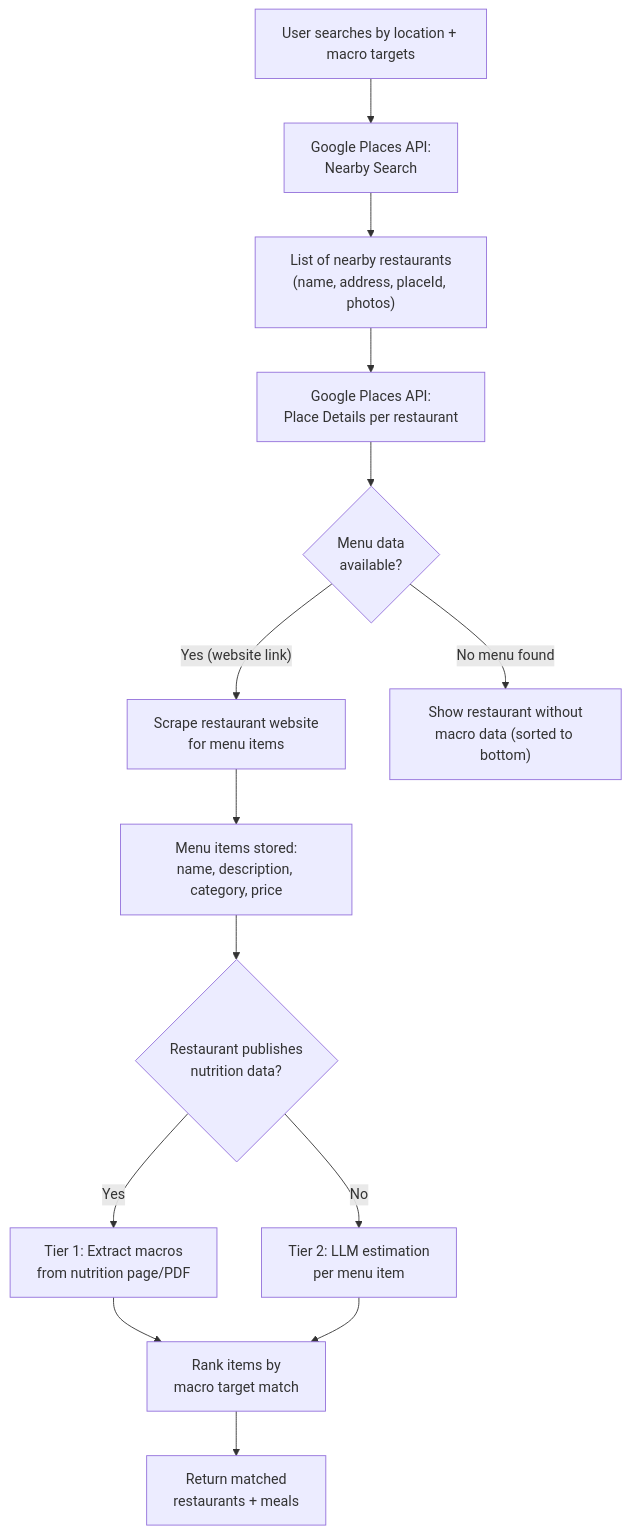
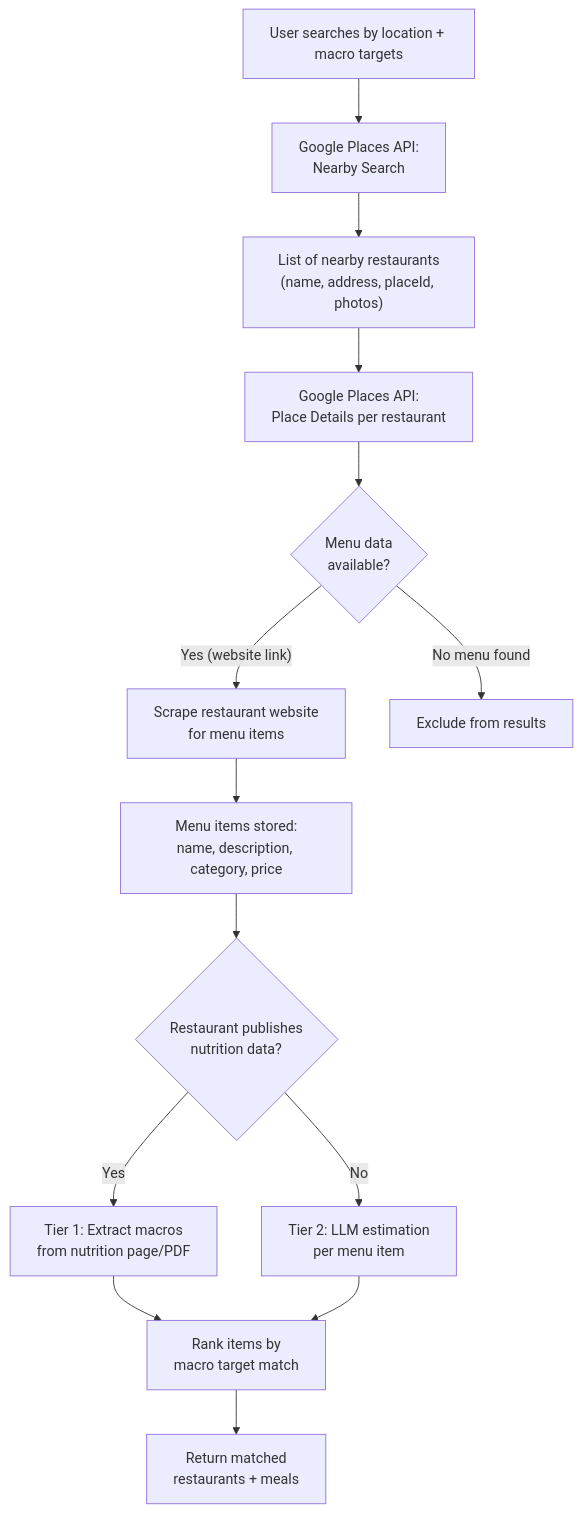
One commit to dgmolla/fitsy changed the second of 4 diagrams in docs/engineering/backend/system-design.md. Above: the diagram before and after it, drawn with Mermaid.

Commit message:
Exclude no-menu restaurants from results entirely
Restaurants without menu data can't answer "what fits my macros" —
showing them is noise that dilutes the core value prop.

````diff
--- a/docs/engineering/backend/system-design.md
+++ b/docs/engineering/backend/system-design.md
@@ -104,21 +104,21 @@
 ```mermaid
 flowchart TD
     Search["User searches by location + macro targets"]
     Search --> GP["Google Places API:<br/>Nearby Search"]
     GP --> Restaurants["List of nearby restaurants<br/>(name, address, placeId, photos)"]
     Restaurants --> Details["Google Places API:<br/>Place Details per restaurant"]
     Details --> Menu{"Menu data<br/>available?"}
 
     Menu -- "Yes (website link)" --> Scrape["Scrape restaurant website<br/>for menu items"]
-    Menu -- "No menu found" --> Skip["Show restaurant without<br/>macro data (sorted to bottom)"]
+    Menu -- "No menu found" --> Skip["Exclude from results"]
 
     Scrape --> Items["Menu items stored:<br/>name, description, category, price"]
     Items --> NutritionCheck{"Restaurant publishes<br/>nutrition data?"}
 
     NutritionCheck -- "Yes" --> Tier1["Tier 1: Extract macros<br/>from nutrition page/PDF"]
     NutritionCheck -- "No" --> Tier2["Tier 2: LLM estimation<br/>per menu item"]
 
     Tier1 --> Ranked["Rank items by<br/>macro target match"]
     Tier2 --> Ranked
     Ranked --> Results["Return matched<br/>restaurants + meals"]
 ```
````
